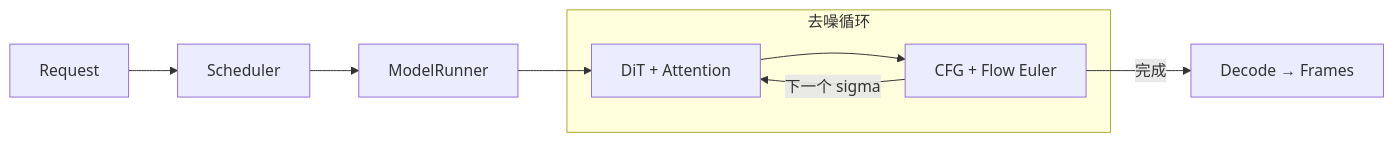
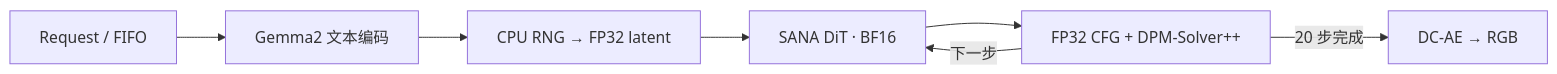
The diagram in README.md (Micdiane/nano-diffusion), drawn with Mermaid before and after one commit. The commit also changed other lines of this file and 50 other files, not shown here.

````diff
--- a/README.md
+++ b/README.md
@@ -69,10 +86,9 @@
 ```mermaid
 flowchart LR
-    Request --> Scheduler --> Runner[ModelRunner]
-    Runner --> DiT
-    subgraph Loop[去噪循环]
-        DiT[DiT + Attention] --> Step[CFG + Flow Euler]
-        Step -- 下一个 sigma --> DiT
-    end
-    Step -- 完成 --> Output[Decode → Frames]
+    A[Request / FIFO] --> B[Gemma2 文本编码]
+    B --> C[CPU RNG → FP32 latent]
+    C --> D[SANA DiT · BF16]
+    D --> E[FP32 CFG + DPM-Solver++]
+    E -- 下一步 --> D
+    E -- 20 步完成 --> F[DC-AE → RGB]
 ```
````
